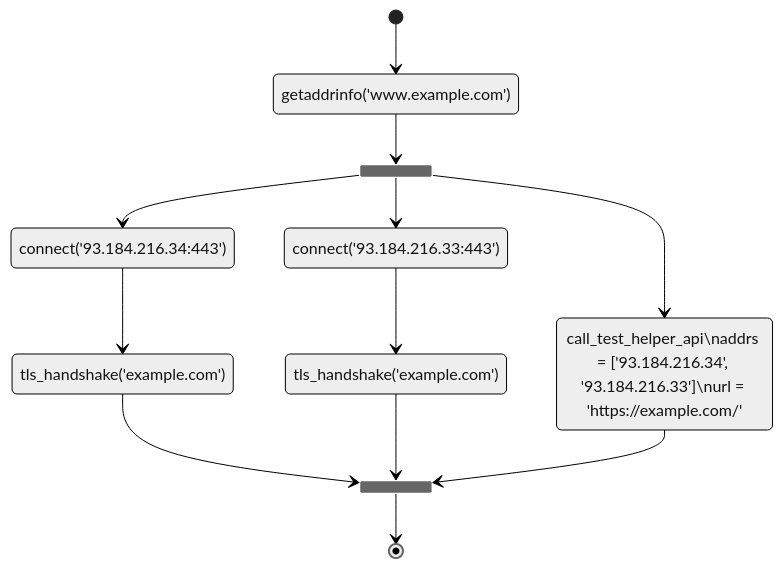
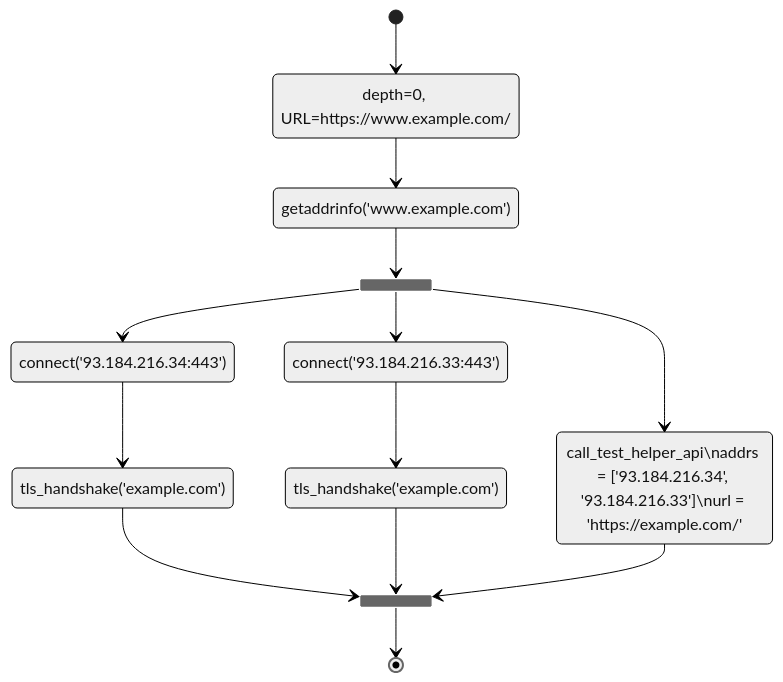
The second of 3 diagrams in nettests/ts-017-web-connectivity.md (ooni/spec), drawn with Mermaid (neutral theme) before and after one commit. The commit also changed other lines of this file, not shown here.

````diff
--- a/nettests/ts-017-web-connectivity.md
+++ b/nettests/ts-017-web-connectivity.md
@@ -157,22 +159,24 @@
 ```mermaid
 stateDiagram-v2
+  state "depth=0, URL=https://www.example.com/" as S0
   state "getaddrinfo('www.example.com')" as S1
-  [*] --> S1
+  [*] --> S0
+  S0 --> S1
   state S2 <<fork>>
   S1 -->S2
   state "connect('93.184.216.34:443')" as S3
   state "connect('93.184.216.33:443')" as S4
   S2 --> S3
   S2 --> S4
   state "tls_handshake('example.com')" as S5
   state "tls_handshake('example.com')" as S6
   S3 --> S5
   S4 --> S6
   state "call_test_helper_api\naddrs = ['93.184.216.34', '93.184.216.33']\nurl = 'https://example.com/'" as S7
   S2 --> S7
   state S8 <<join>>
   S5 --> S8
   S6 --> S8
   S7 --> S8
   S8 --> [*]
 ```
````
